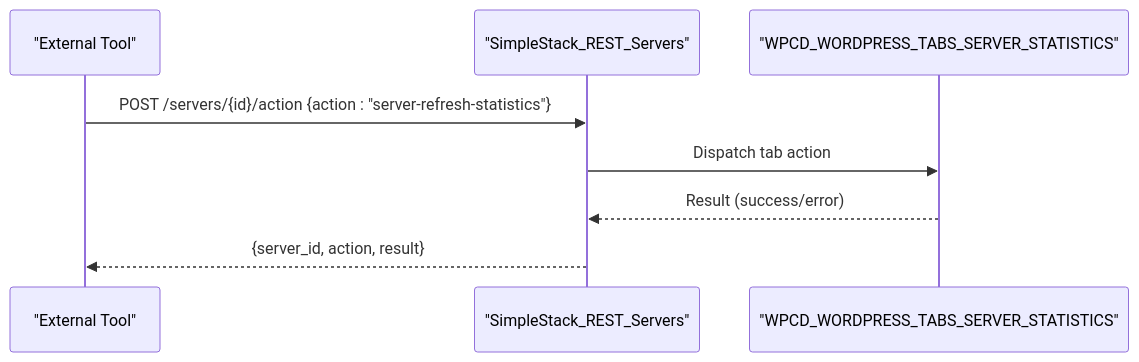
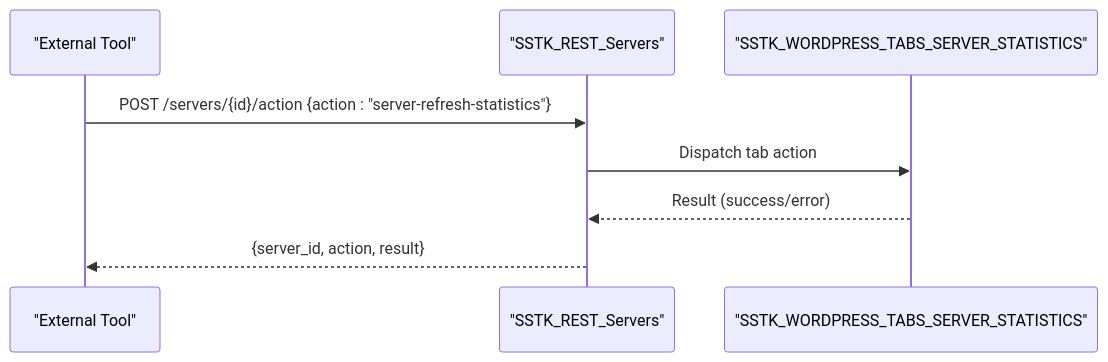
Before and after one commit to onedogsolutions/simple-stack: the sixth of 7 diagrams in .qoder/repowiki/en/content/Operational Tools/Monitoring Solutions/Built-in Server Statistics Collection.md, drawn with Mermaid. The commit also changed other lines of this file and 5941 other files, not shown here.

First line of the commit message:
refactor(core): rebrand WPCloudDeploy to Simple Stack with new namespaces and prefixes

````diff
--- a/.qoder/repowiki/en/content/Operational Tools/Monitoring Solutions/Built-in Server Statistics Collection.md
+++ b/.qoder/repowiki/en/content/Operational Tools/Monitoring Solutions/Built-in Server Statistics Collection.md
@@ -242,10 +242,10 @@
 ```mermaid
 sequenceDiagram
 participant Client as "External Tool"
-participant REST as "SimpleStack_REST_Servers"
-participant Tab as "WPCD_WORDPRESS_TABS_SERVER_STATISTICS"
+participant REST as "SSTK_REST_Servers"
+participant Tab as "SSTK_WORDPRESS_TABS_SERVER_STATISTICS"
 Client->>REST : POST /servers/{id}/action {action : "server-refresh-statistics"}
 REST->>Tab : Dispatch tab action
 Tab-->>REST : Result (success/error)
 REST-->>Client : {server_id, action, result}
 ```
````
